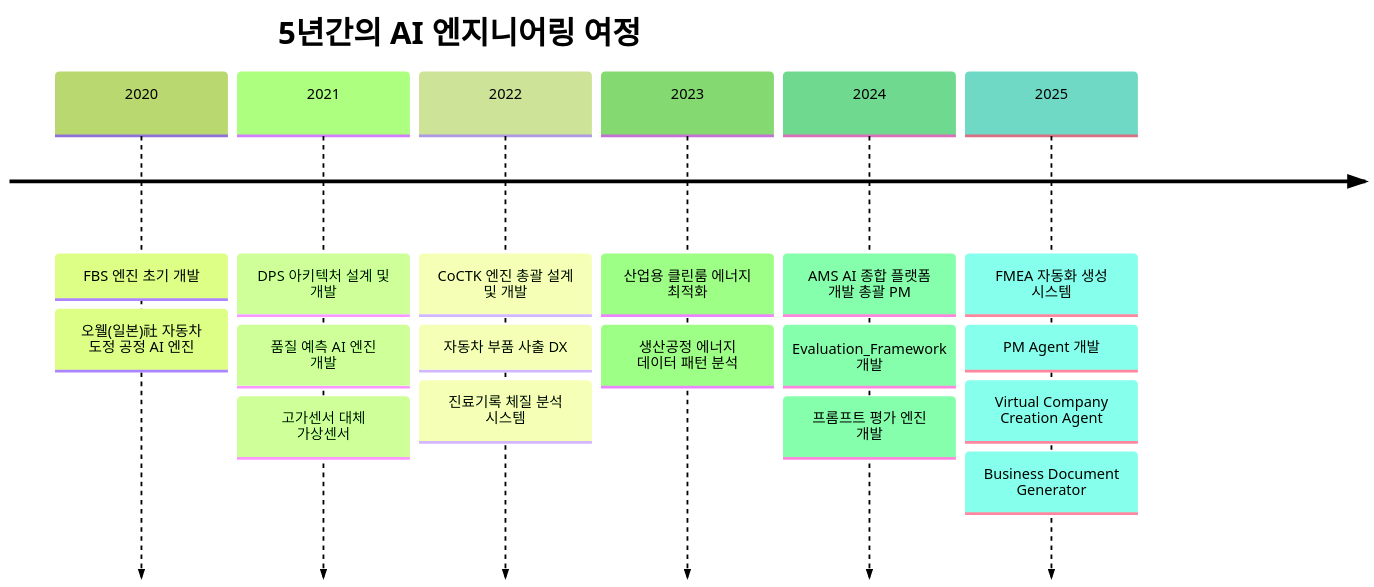
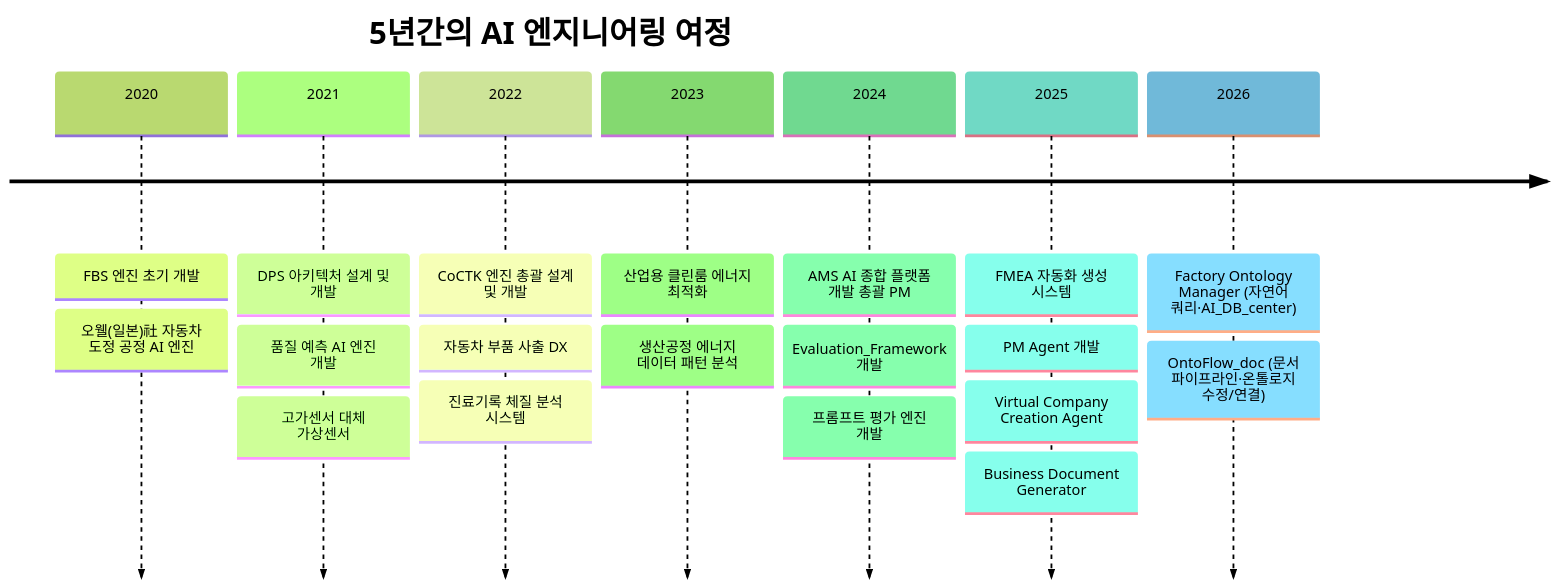
Before and after one commit to moobaek/Testing_AI_agents_for_public_use: the first of 4 diagrams in portfolio/portfolio_docs/assets/LG전자/권순룡_이력서_LG전자_AI_엔지니어.md, drawn with Mermaid (forest theme). The commit also changed other lines of this file and 11 other files, not shown here.

First line of the commit message:
docs(portfolio): 퇴사일·입사일·OPIc 반영, Factory/OntoFlow 보강, LG전자 assets 업데이트

````diff
--- a/portfolio/portfolio_docs/assets/LG전자/권순룡_이력서_LG전자_AI_엔지니어.md
+++ b/portfolio/portfolio_docs/assets/LG전자/권순룡_이력서_LG전자_AI_엔지니어.md
@@ -14,21 +14,23 @@
 ```mermaid
 timeline
     title 5년간의 AI 엔지니어링 여정
     2020 : FBS 엔진 초기 개발
          : 오웰(일본)社 자동차 도정 공정 AI 엔진
     2021 : DPS 아키텍처 설계 및 개발
          : 품질 예측 AI 엔진 개발
          : 고가센서 대체 가상센서
     2022 : CoCTK 엔진 총괄 설계 및 개발
          : 자동차 부품 사출 DX
          : 진료기록 체질 분석 시스템
     2023 : 산업용 클린룸 에너지 최적화
          : 생산공정 에너지 데이터 패턴 분석
     2024 : AMS AI 종합 플랫폼 개발 총괄 PM
          : Evaluation_Framework 개발
          : 프롬프트 평가 엔진 개발
     2025 : FMEA 자동화 생성 시스템
          : PM Agent 개발
          : Virtual Company Creation Agent
          : Business Document Generator
+    2026 : Factory Ontology Manager (자연어 쿼리·AI_DB_center)
+         : OntoFlow_doc (문서 파이프라인·온톨로지 수정/연결)
 ```
````
